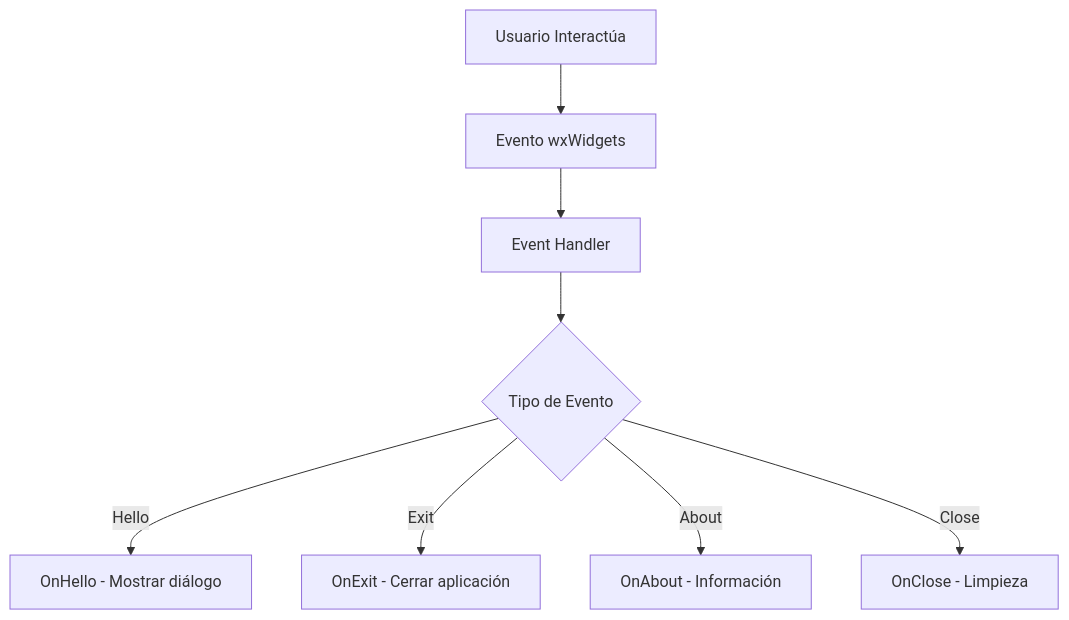
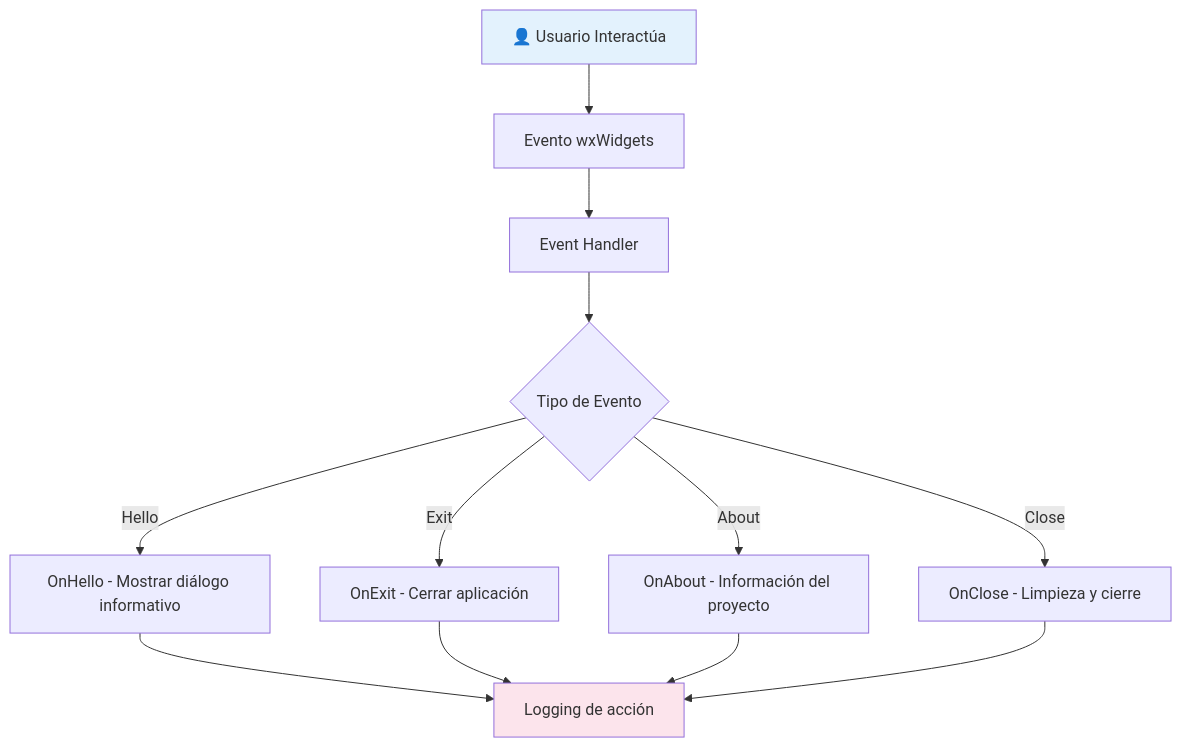
The third of 4 diagrams in docs/DOCUMENTACION_COMPLETA.md (jhg45-ua/SignaturePro), drawn with Mermaid before and after one commit. The commit also changed other lines of this file and 2 other files, not shown here.

````diff
--- a/docs/DOCUMENTACION_COMPLETA.md
+++ b/docs/DOCUMENTACION_COMPLETA.md
@@ -151,10 +168,18 @@
 ```mermaid
 graph TD
-    A[Usuario Interactúa] --> B[Evento wxWidgets]
+    A["👤 Usuario Interactúa"] --> B[Evento wxWidgets]
     B --> C[Event Handler]
     C --> D{Tipo de Evento}
-    D -->|Hello| E[OnHello - Mostrar diálogo]
+    D -->|Hello| E[OnHello - Mostrar diálogo informativo]
     D -->|Exit| F[OnExit - Cerrar aplicación]
-    D -->|About| G[OnAbout - Información]
-    D -->|Close| H[OnClose - Limpieza]
+    D -->|About| G[OnAbout - Información del proyecto]
+    D -->|Close| H[OnClose - Limpieza y cierre]
+    
+    E --> I[Logging de acción]
+    F --> I
+    G --> I
+    H --> I
+    
+    style A fill:#e3f2fd
+    style I fill:#fce4ec
 ```
````
